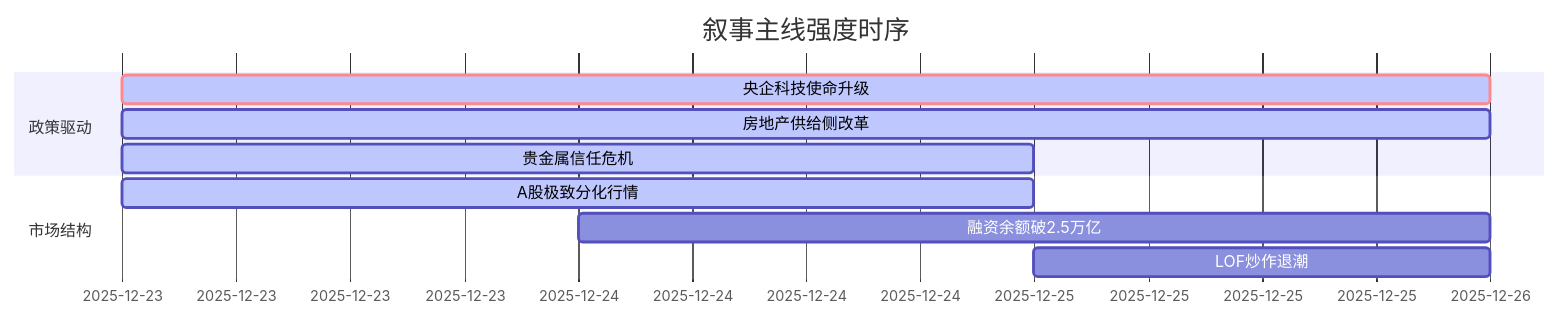
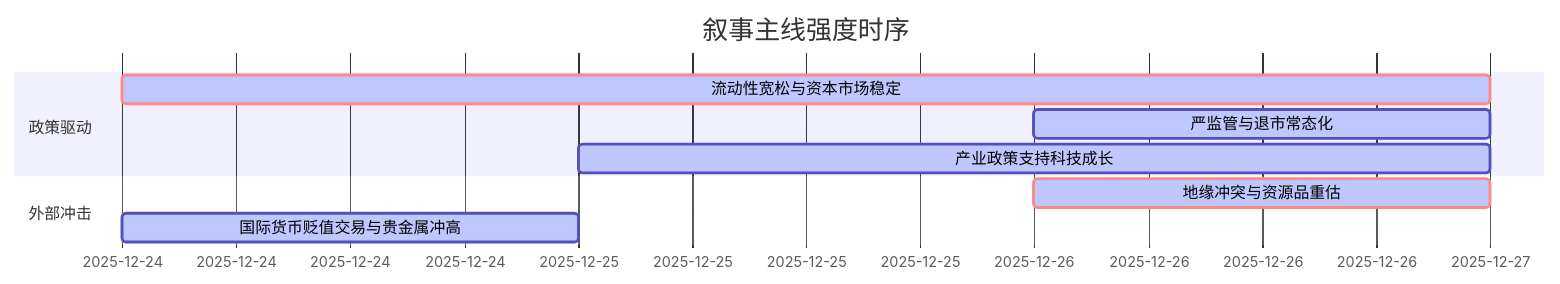
Before and after one commit to uu5zn/uu5zn.github.io: the diagram in README.md, drawn with Mermaid. The commit also changed other lines of this file and 19 other files, not shown here.

````diff
--- a/README.md
+++ b/README.md
@@ -53,14 +69,13 @@
 ```mermaid
 gantt
     title 叙事主线强度时序
     dateFormat  YYYY-MM-DD
     section 政策驱动
-    央企科技使命升级   :crit, active, 2025-12-23, 3d
-    房地产供给侧改革   :active, 2025-12-23, 3d
-    贵金属信任危机     :active, 2025-12-23, 2d
+    流动性宽松与资本市场稳定   :crit, active, 2025-12-24, 3d
+    严监管与退市常态化           :active, 2025-12-26, 1d
+    产业政策支持科技成长         :active, 2025-12-25, 2d
     
-    section 市场结构
-    A股极致分化行情   :active, 2025-12-23, 2d
-    融资余额破2.5万亿  :2025-12-24, 2d
-    LOF炒作退潮       :2025-12-25, 1d
+    section 外部冲击
+    地缘冲突与资源品重估         :crit, active, 2025-12-26, 1d
+    国际货币贬值交易与贵金属冲高 :active, 2025-12-24, 1d
 ```
````
